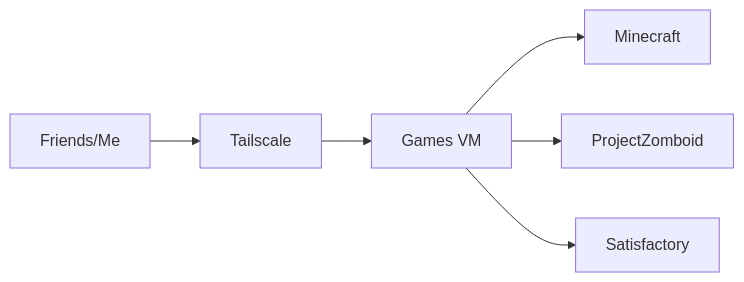
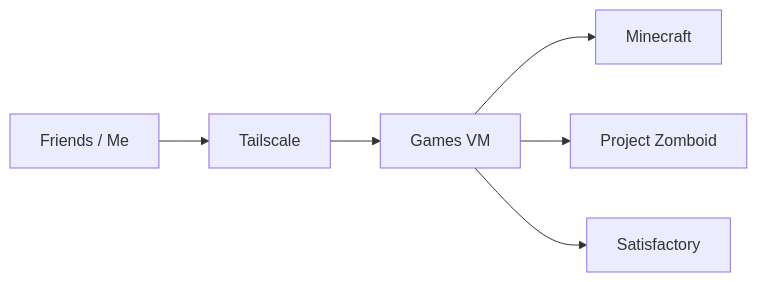
Before and after one commit to Juzarx/homelab: the third of 3 diagrams in docs/architecture.md, drawn with Mermaid. The commit also changed other lines of this file and 1 other file, not shown here.

Commit message:
docs: updated architecture and roadmap to current plans

````diff
--- a/docs/architecture.md
+++ b/docs/architecture.md
@@ -78,23 +81,16 @@
 ```mermaid
 graph LR
 
-Friends/Me
+Me["Friends / Me"]
+Tailscale[Tailscale]
+GamesVM[Games VM]
+Minecraft[Minecraft]
+ProjectZomboid[Project Zomboid]
+Satisfactory[Satisfactory]
 
-Tailscale
-
-GamesVM[Games VM]
-
-Minecraft
-
-ProjectZomboid
-
-Satisfactory
-
-Friends/Me --> Tailscale
-
+Me --> Tailscale
 Tailscale --> GamesVM
-
 GamesVM --> Minecraft
 GamesVM --> ProjectZomboid
 GamesVM --> Satisfactory
 ```
````
